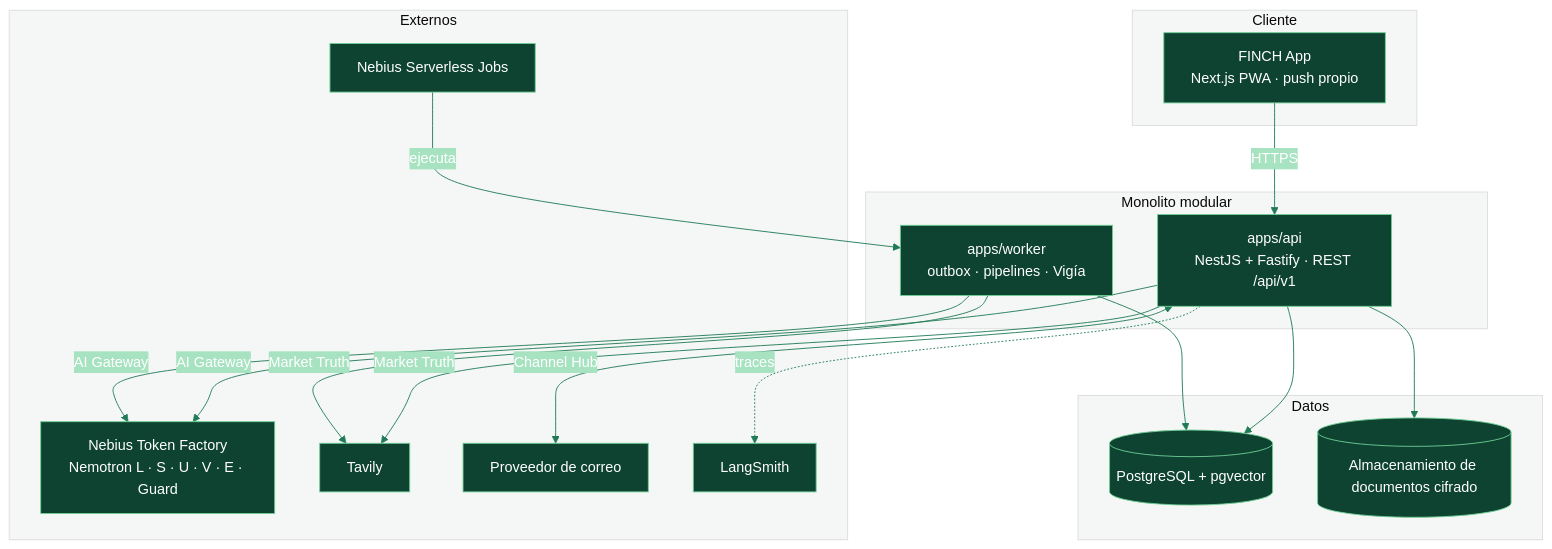
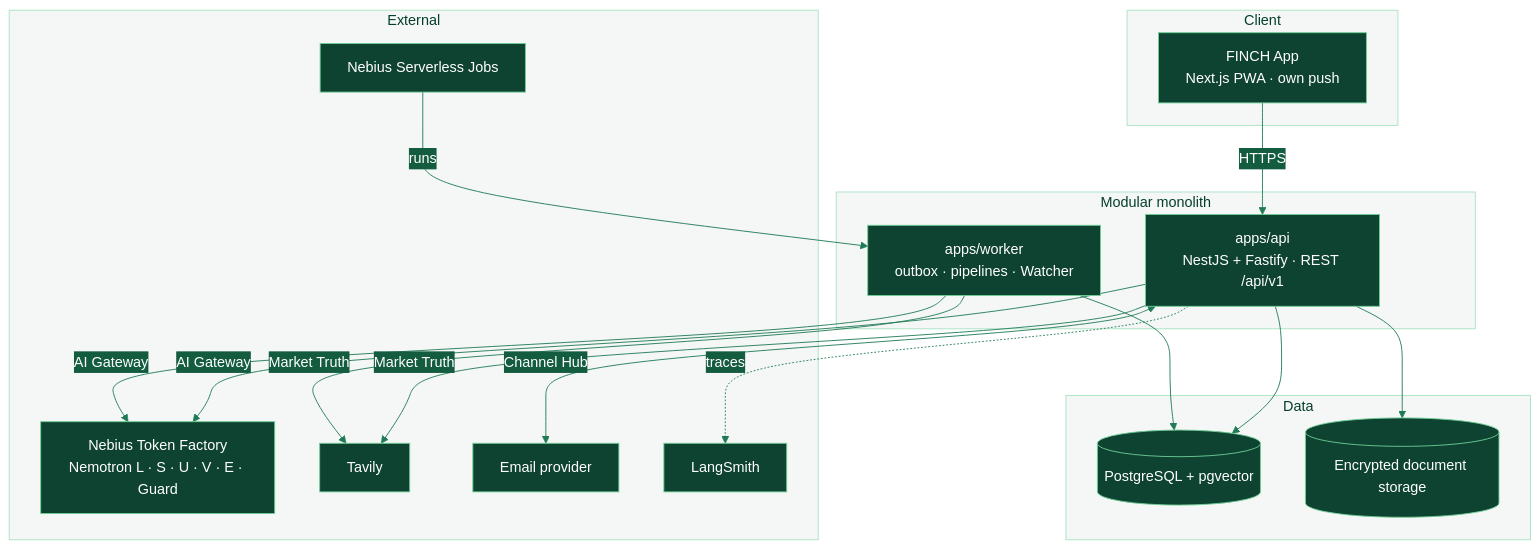
One commit to HCHAPS404/FINCH changed the second of 2 diagrams in docs/architecture/SOFTWARE-ARCHITECTURE.md. Above: the diagram before and after it, drawn with Mermaid. The commit also changed other lines of this file and 177 other files, not shown here.

````diff
--- a/docs/architecture/SOFTWARE-ARCHITECTURE.md
+++ b/docs/architecture/SOFTWARE-ARCHITECTURE.md
@@ -41,33 +41,33 @@
 ```mermaid
-%%{init: {'theme':'base','themeVariables':{'primaryColor':'#0E4331','primaryTextColor':'#FFFFFF','primaryBorderColor':'#6FCF97','lineColor':'#1F7A55','secondaryColor':'#A7E3C1','tertiaryColor':'#F4F7F5'}}}%%
+%%{init: {'theme':'base','themeVariables':{'primaryColor':'#0E4331','primaryTextColor':'#FFFFFF','nodeTextColor':'#FFFFFF','primaryBorderColor':'#6FCF97','lineColor':'#1F7A55','secondaryColor':'#A7E3C1','tertiaryColor':'#F4F7F5','textColor':'#053F2B','titleColor':'#053F2B','edgeLabelBackground':'#145C40','clusterBkg':'#F4F7F5','clusterBorder':'#A7E3C1'}}}%%
 flowchart TB
-  subgraph Cliente
-    PWA[FINCH App<br/>Next.js PWA · push propio]
+  subgraph Client
+    PWA[FINCH App<br/>Next.js PWA · own push]
   end
-  subgraph Backend[Monolito modular]
+  subgraph Backend[Modular monolith]
     API[apps/api<br/>NestJS + Fastify · REST /api/v1]
-    WK[apps/worker<br/>outbox · pipelines · Vigía]
+    WK[apps/worker<br/>outbox · pipelines · Watcher]
   end
-  subgraph Datos
+  subgraph Data
     PG[(PostgreSQL + pgvector)]
-    OBJ[(Almacenamiento de documentos cifrado)]
+    OBJ[(Encrypted document storage)]
   end
-  subgraph Externos
+  subgraph External
     TF[Nebius Token Factory<br/>Nemotron L · S · U · V · E · Guard]
     NSJ[Nebius Serverless Jobs]
     TAV[Tavily]
-    MAIL[Proveedor de correo]
+    MAIL[Email provider]
     LS[LangSmith]
   end
   PWA -->|HTTPS| API
   API --> PG
   API --> OBJ
   WK --> PG
-  NSJ -->|ejecuta| WK
+  NSJ -->|runs| WK
   API -->|AI Gateway| TF
   WK -->|AI Gateway| TF
   API -->|Market Truth| TAV
   WK -->|Market Truth| TAV
   API <-->|Channel Hub| MAIL
   API -.traces.-> LS
 ```
````
